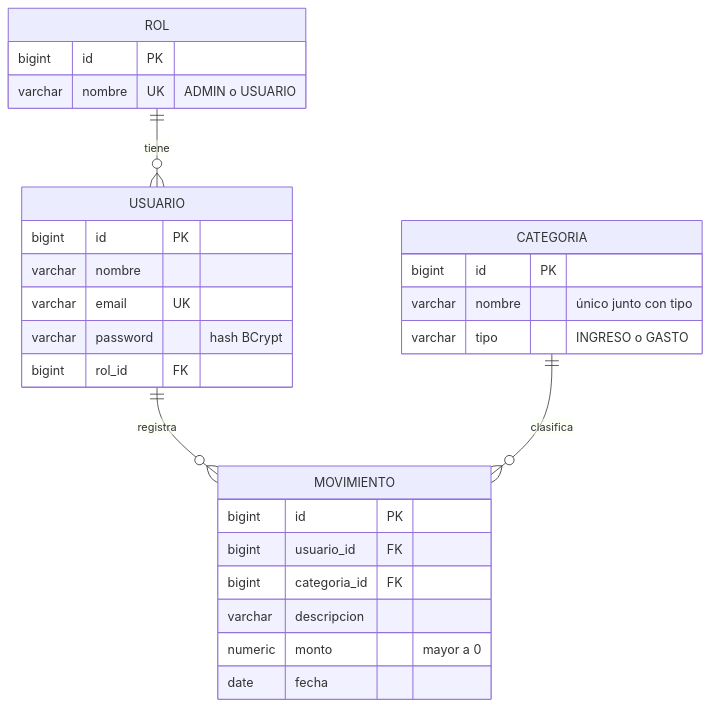
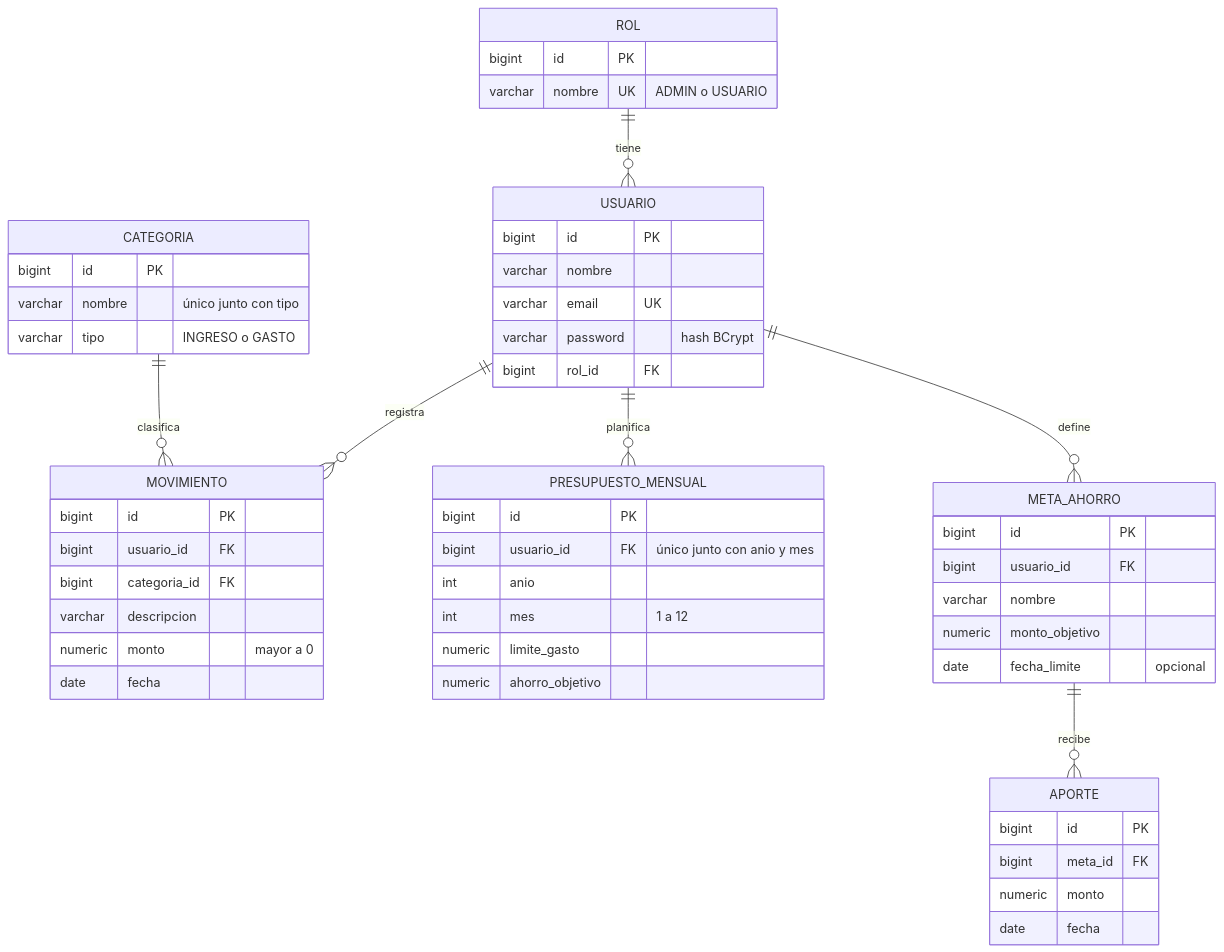
One commit to DiegoPorrasZela/GAMS-Finanzas-backend changed the third of 3 diagrams in README.md. Above: the diagram before and after it, drawn with Mermaid. The commit also changed other lines of this file, not shown here.

Commit message:
README: tablas, diagrama entidad-relación y endpoints de presupuestos y metas

````diff
--- a/README.md
+++ b/README.md
@@ -79,31 +79,55 @@
 ```mermaid
 erDiagram
     ROL ||--o{ USUARIO : "tiene"
     USUARIO ||--o{ MOVIMIENTO : "registra"
     CATEGORIA ||--o{ MOVIMIENTO : "clasifica"
+    USUARIO ||--o{ PRESUPUESTO_MENSUAL : "planifica"
+    USUARIO ||--o{ META_AHORRO : "define"
+    META_AHORRO ||--o{ APORTE : "recibe"
 
     ROL {
         bigint id PK
         varchar nombre UK "ADMIN o USUARIO"
     }
     USUARIO {
         bigint id PK
         varchar nombre
         varchar email UK
         varchar password "hash BCrypt"
         bigint rol_id FK
     }
     CATEGORIA {
         bigint id PK
         varchar nombre "único junto con tipo"
         varchar tipo "INGRESO o GASTO"
     }
     MOVIMIENTO {
         bigint id PK
         bigint usuario_id FK
         bigint categoria_id FK
         varchar descripcion
         numeric monto "mayor a 0"
         date fecha
     }
+    PRESUPUESTO_MENSUAL {
+        bigint id PK
+        bigint usuario_id FK "único junto con anio y mes"
+        int anio
+        int mes "1 a 12"
+        numeric limite_gasto
+        numeric ahorro_objetivo
+    }
+    META_AHORRO {
+        bigint id PK
+        bigint usuario_id FK
+        varchar nombre
+        numeric monto_objetivo
+        date fecha_limite "opcional"
+    }
+    APORTE {
+        bigint id PK
+        bigint meta_id FK
+        numeric monto
+        date fecha
+    }
 ```
````
